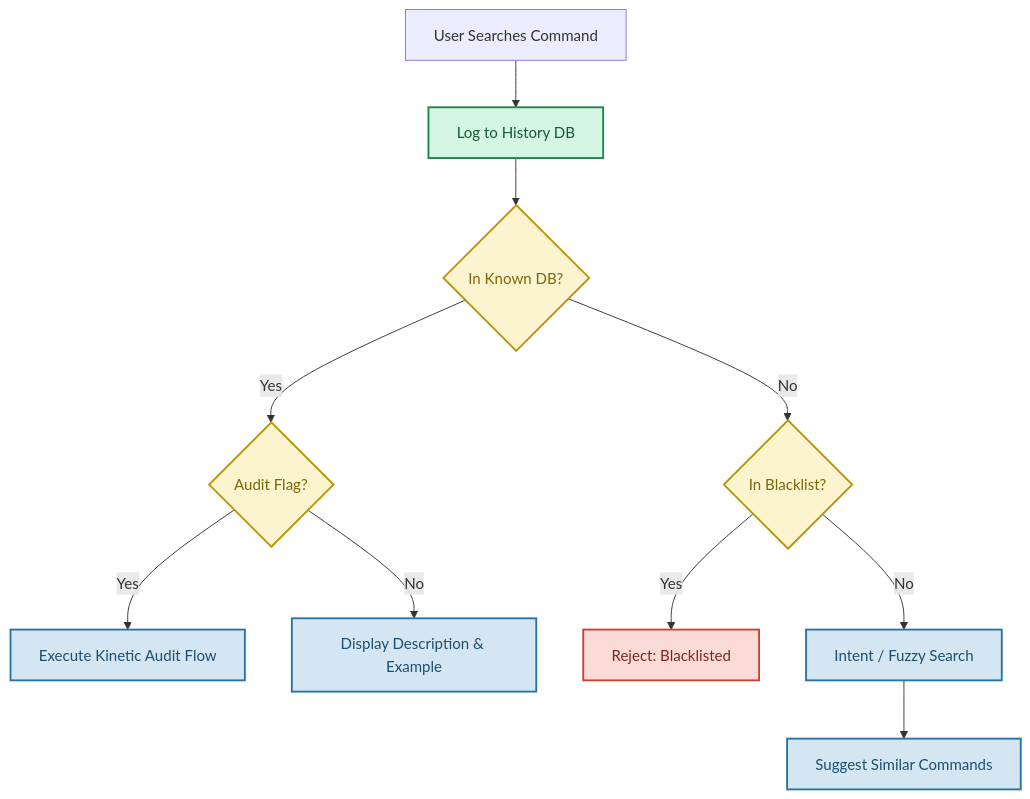
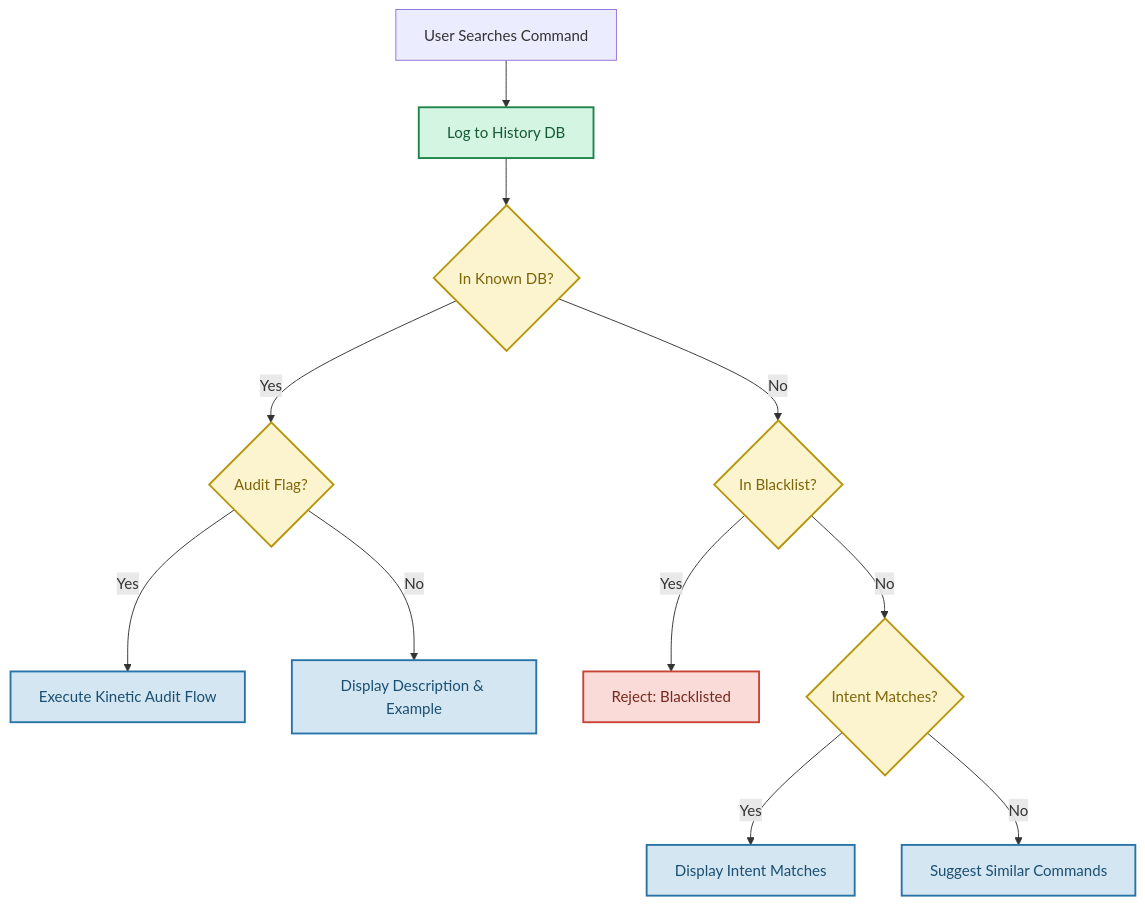
One commit to MnemOnicE/cli-commando changed the first of 3 diagrams in README.md. Above: the diagram before and after it, drawn with Mermaid.

````diff
--- a/README.md
+++ b/README.md
@@ -34,17 +34,18 @@
 ```mermaid
 flowchart TD
     classDef process fill:#d4e6f1,stroke:#2874a6,stroke-width:2px,color:#1b4f72;
     classDef decision fill:#fcf3cf,stroke:#b7950b,stroke-width:2px,color:#7d6608;
     classDef database fill:#d5f5e3,stroke:#1e8449,stroke-width:2px,color:#145a32;
     classDef fallback fill:#fadbd8,stroke:#cb4335,stroke-width:2px,color:#78281f;
 
     User[User Searches Command] --> LogHistory[Log to History DB]:::database
     LogHistory --> KnownCheck{In Known DB?}:::decision
     KnownCheck -- Yes --> AuditCheck{Audit Flag?}:::decision
     AuditCheck -- Yes --> KineticAudit[Execute Kinetic Audit Flow]:::process
     AuditCheck -- No --> DisplayInfo[Display Description & Example]:::process
     KnownCheck -- No --> BlacklistCheck{In Blacklist?}:::decision
     BlacklistCheck -- Yes --> Block[Reject: Blacklisted]:::fallback
-    BlacklistCheck -- No --> IntentSearch[Intent / Fuzzy Search]:::process
-    IntentSearch --> Suggestion[Suggest Similar Commands]:::process
+    BlacklistCheck -- No --> IntentSearch{Intent Matches?}:::decision
+    IntentSearch -- Yes --> DisplayIntent[Display Intent Matches]:::process
+    IntentSearch -- No --> Suggestion[Suggest Similar Commands]:::process
 ```
````
